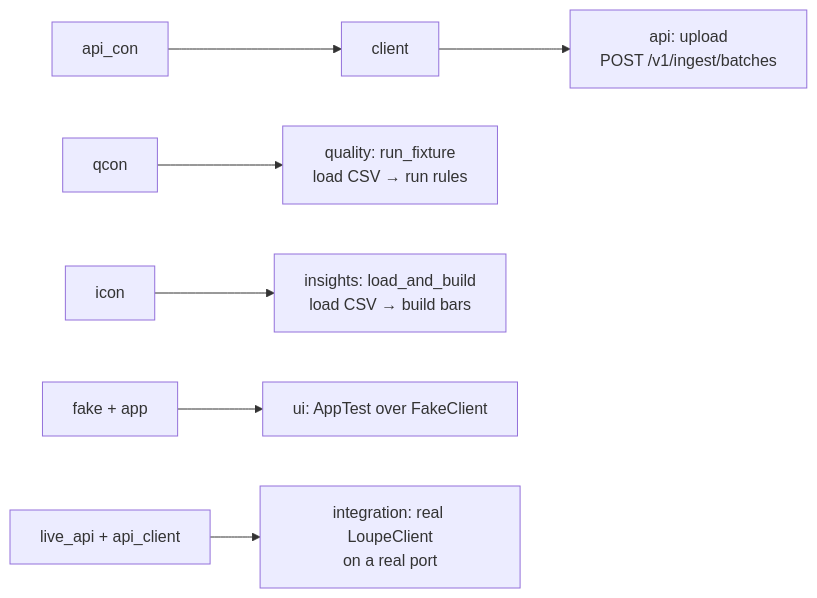
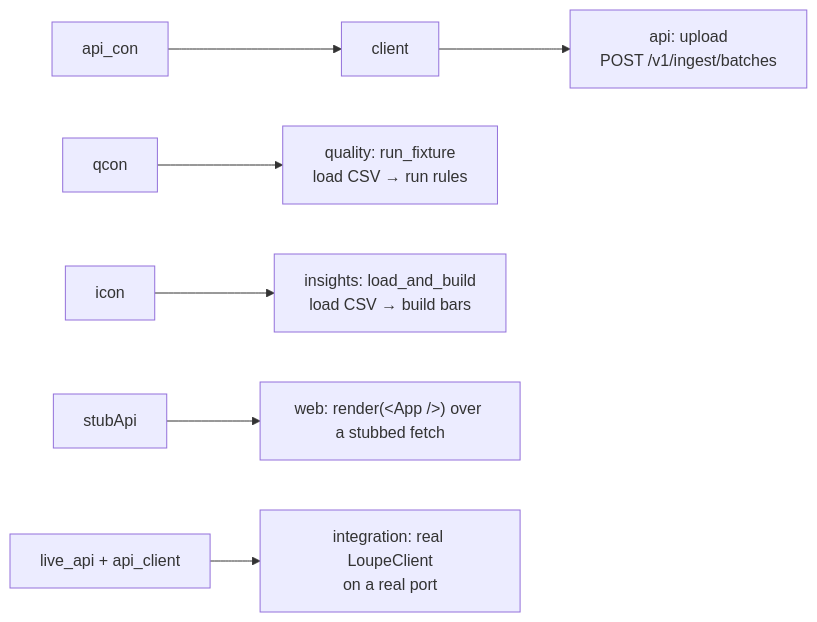
The fifth of 17 diagrams in docs/how-tests-work.md (shu-y-codes/loupe), drawn with Mermaid before and after one commit. The commit also changed other lines of this file and 80 other files, not shown here.

````diff
--- a/docs/how-tests-work.md
+++ b/docs/how-tests-work.md
@@ -193,16 +193,16 @@
 ```mermaid
 flowchart LR
   QCON[qcon]
   ICON[icon]
   APICON[api_con]
   CLIENT[client]
-  FAKE[fake + app]
+  FAKE[stubApi]
   LIVE[live_api + api_client]
 
   QCON --> RF["quality: run_fixture<br/>load CSV → run rules"]
   ICON --> LB["insights: load_and_build<br/>load CSV → build bars"]
   APICON --> CLIENT
   CLIENT --> UP["api: upload<br/>POST /v1/ingest/batches"]
-  FAKE --> AT["ui: AppTest over FakeClient"]
+  FAKE --> AT["web: render(&lt;App /&gt;) over a stubbed fetch"]
   LIVE --> UC["integration: real LoupeClient<br/>on a real port"]
 ```
````
